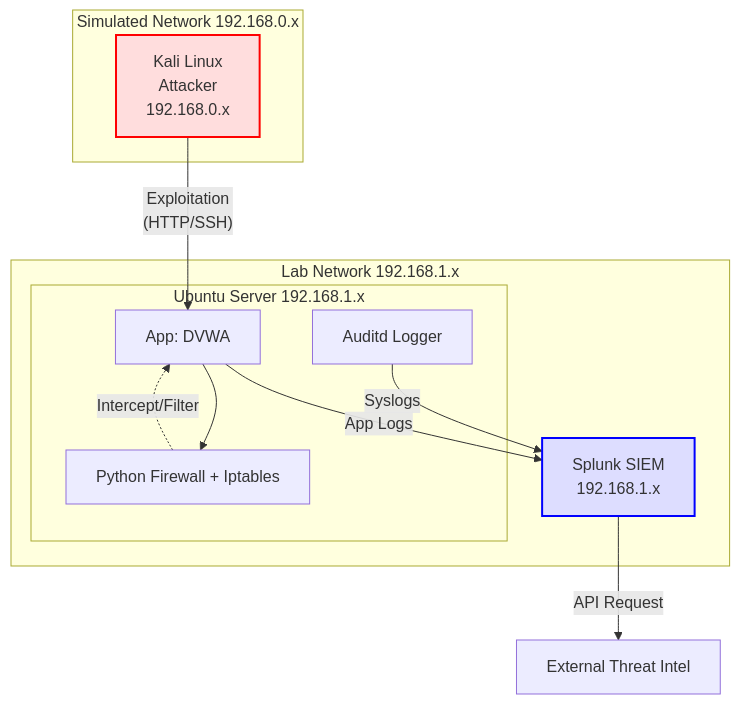
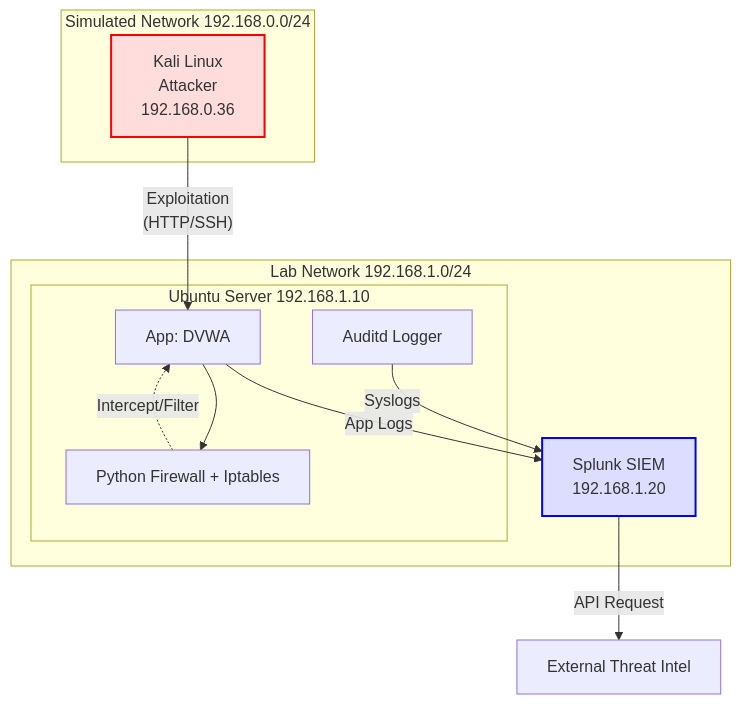
Before and after one commit to TomiGuasta/SocLab-Portfolio: the diagram in homelab-soc/Architecture.md, drawn with Mermaid. The commit also changed other lines of this file, not shown here.

````diff
--- a/homelab-soc/Architecture.md
+++ b/homelab-soc/Architecture.md
@@ -7,32 +7,32 @@
 ```mermaid
 graph TB
     %% Definición de Estilos
     classDef attacker fill:#fdd,stroke:#f00,stroke-width:2px;
     classDef victim fill:#dfd,stroke:#0f0,stroke-width:2px;
     classDef siem fill:#ddf,stroke:#00f,stroke-width:2px;
 
-    subgraph Internet_Zone [Simulated Network 192.168.0.x]
-        KALI[Kali Linux<br/>Attacker<br/>192.168.0.x]:::attacker
+    subgraph Internet_Zone [Simulated Network 192.168.0.0/24]
+        KALI[Kali Linux<br/>Attacker<br/>192.168.0.36]:::attacker
     end
 
-    subgraph Defense_Lab [Lab Network 192.168.1.x]
-        subgraph Victim_Host [Ubuntu Server 192.168.1.x]
+    subgraph Defense_Lab [Lab Network 192.168.1.0/24]
+        subgraph Victim_Host [Ubuntu Server 192.168.1.10]
             DVWA[App: DVWA]
             FW[Python Firewall + Iptables]
             AUDITD[Auditd Logger]
         end
-        SPLUNK[Splunk SIEM<br/>192.168.1.x]:::siem
+        SPLUNK[Splunk SIEM<br/>192.168.1.20]:::siem
     end
 
     %% Flujos de Ataque
     KALI -- "Exploitation<br/>(HTTP/SSH)" --> DVWA
 
     %% Flujos de Defensa / Logs
     DVWA --> FW
     FW -.-> |"Intercept/Filter"| DVWA
     AUDITD --> |"Syslogs"| SPLUNK
     DVWA --> |"App Logs"| SPLUNK
 
     %% Inteligencia
     SPLUNK -- "API Request" --> THREAT[External Threat Intel]
 ```
````
